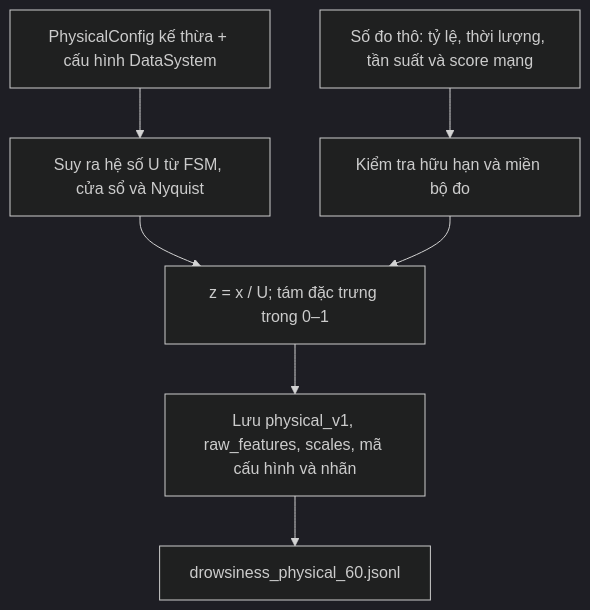
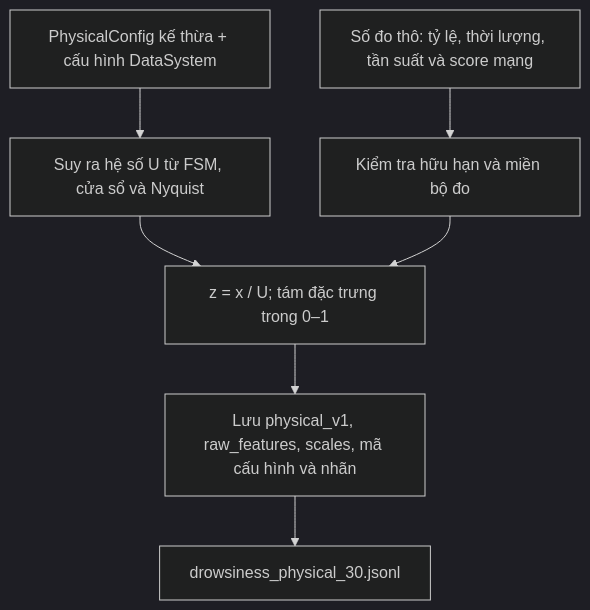
Before and after one commit to minh4bys2-non/driver-guardian: the seventh of 7 diagrams in ai/OptimalAlgorithsm/DataSystem/README.md, drawn with Mermaid (dark theme). The commit also changed other lines of this file and 187 other files, not shown here.

````diff
--- a/ai/OptimalAlgorithsm/DataSystem/README.md
+++ b/ai/OptimalAlgorithsm/DataSystem/README.md
@@ -497,9 +497,9 @@
 ```mermaid
 flowchart TD
     RAW["Số đo thô: tỷ lệ, thời lượng, tần suất và score mạng"] --> VALID["Kiểm tra hữu hạn và miền bộ đo"]
     CFG["PhysicalConfig kế thừa + cấu hình DataSystem"] --> BOUNDS["Suy ra hệ số U từ FSM, cửa sổ và Nyquist"]
     BOUNDS --> SCALE["z = x / U; tám đặc trưng trong 0–1"]
     VALID --> SCALE
     SCALE --> SAVE["Lưu physical_v1, raw_features, scales, mã cấu hình và nhãn"]
-    SAVE --> JSONL["drowsiness_physical_60.jsonl"]
+    SAVE --> JSONL["drowsiness_physical_30.jsonl"]
 ```
````
